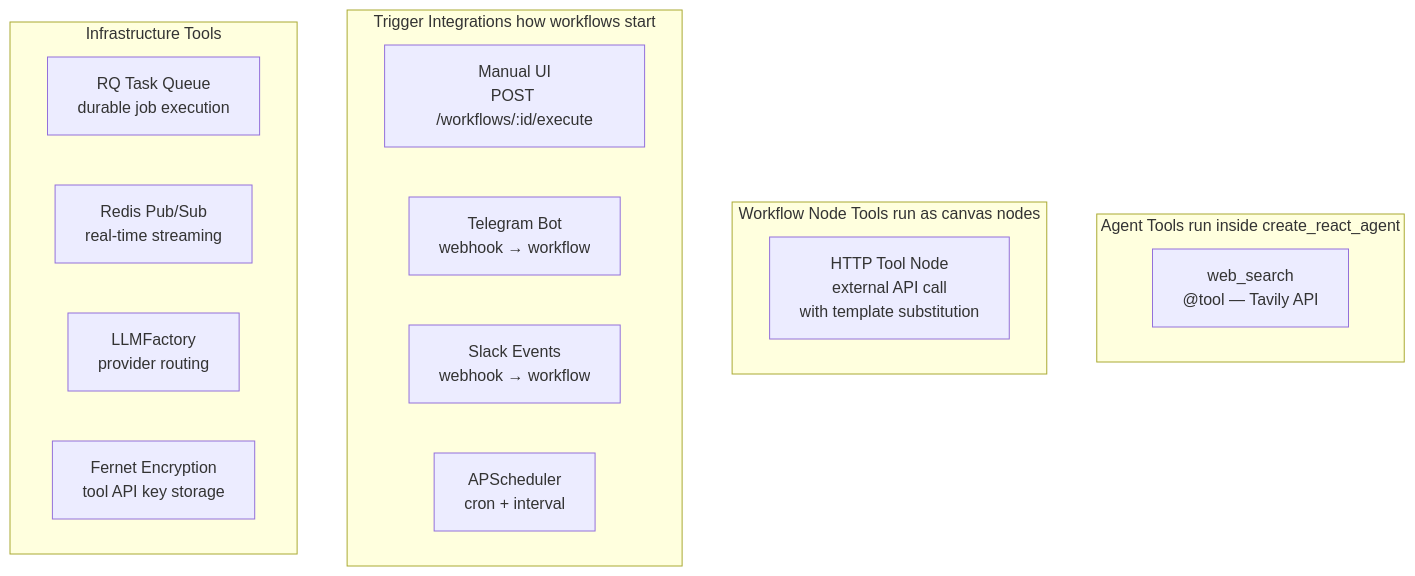
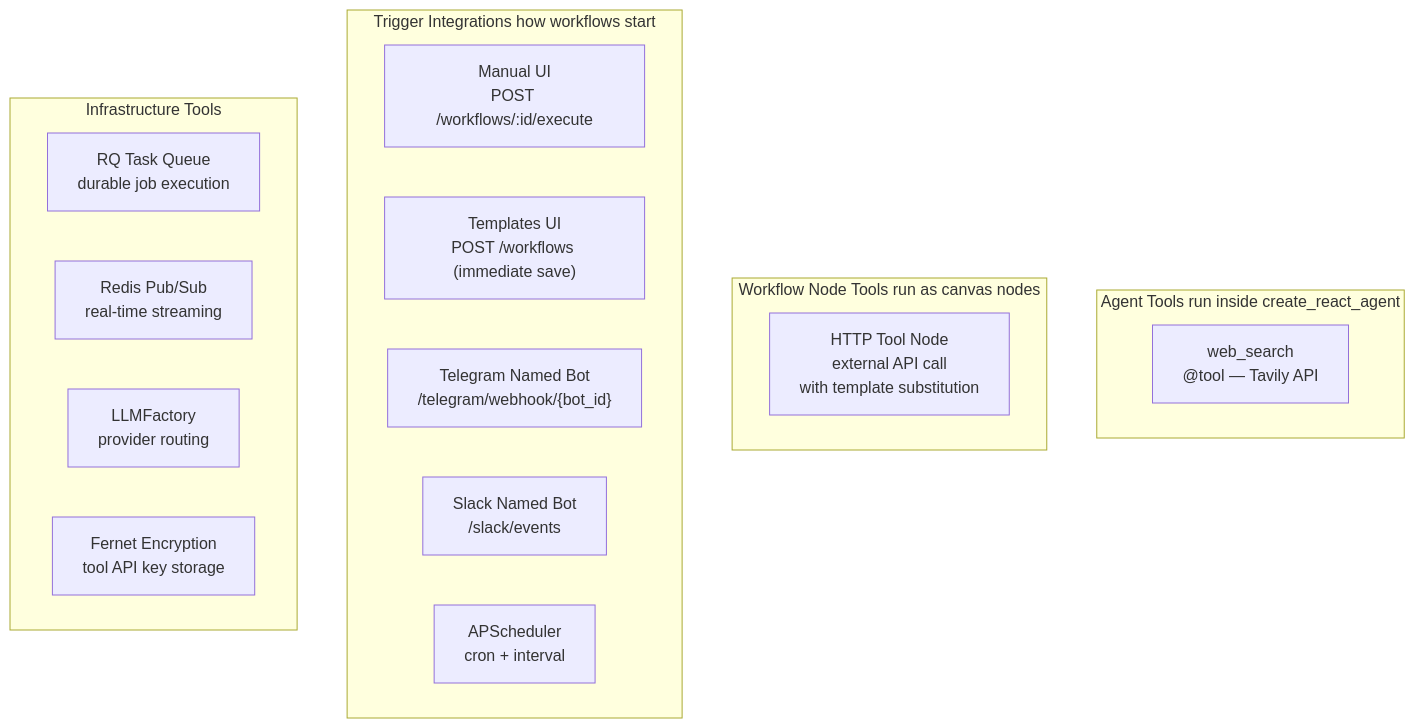
Before and after one commit to namratesh/AI-Agent-Orchestration-Platform: the first of 13 diagrams in documents/tools-diagram.md, drawn with Mermaid. The commit also changed other lines of this file and 3 other files, not shown here.

````diff
--- a/documents/tools-diagram.md
+++ b/documents/tools-diagram.md
@@ -10,24 +10,25 @@
 ```mermaid
 graph TB
     subgraph AGENT_T["Agent Tools  run inside create_react_agent"]
         WS_T["web_search\n@tool — Tavily API"]
     end
 
     subgraph WF_T["Workflow Node Tools  run as canvas nodes"]
         HTTP_T["HTTP Tool Node\nexternal API call\nwith template substitution"]
     end
 
     subgraph TRIG_T["Trigger Integrations  how workflows start"]
         MANUAL_T["Manual UI\nPOST /workflows/:id/execute"]
-        TG_T["Telegram Bot\nwebhook → workflow"]
-        SL_T["Slack Events\nwebhook → workflow"]
+        TPL_T["Templates UI\nPOST /workflows (immediate save)"]
+        TG_T["Telegram Named Bot\n/telegram/webhook/{bot_id}"]
+        SL_T["Slack Named Bot\n/slack/events"]
         SCHED_T["APScheduler\ncron + interval"]
     end
 
     subgraph INFRA_T["Infrastructure Tools"]
         RQ_T["RQ Task Queue\ndurable job execution"]
         STREAM_T["Redis Pub/Sub\nreal-time streaming"]
         LLM_T["LLMFactory\nprovider routing"]
         ENC_T["Fernet Encryption\ntool API key storage"]
     end
 ```
````
